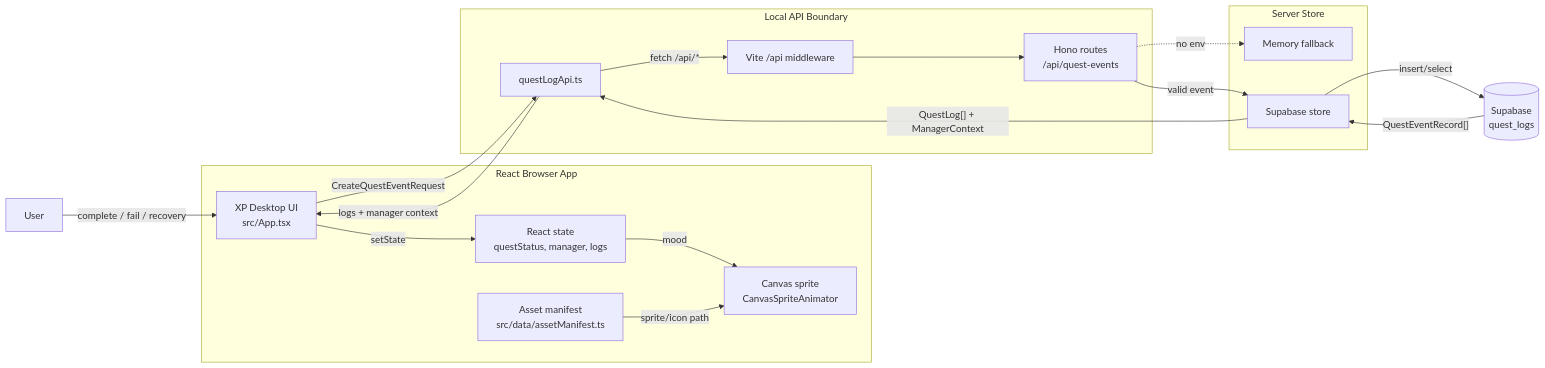
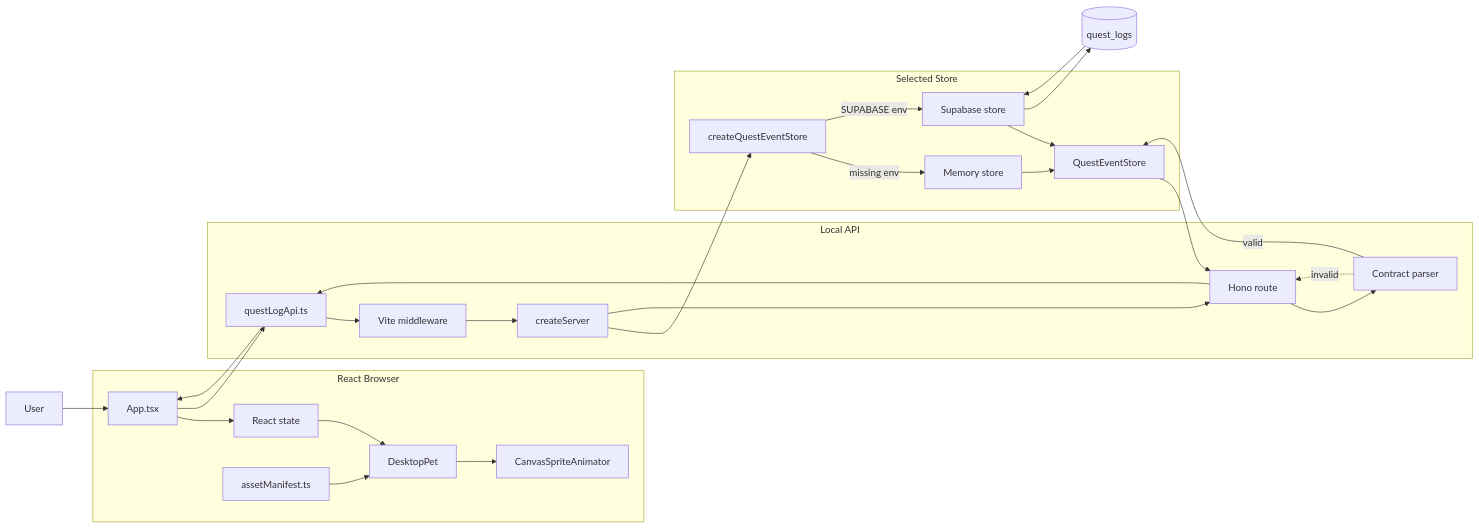
The diagram in README.md (Mureung1/hub-showcase), drawn with Mermaid before and after one commit. The commit also changed 36 other files, not shown here.

````diff
--- a/README.md
+++ b/README.md
@@ -56,38 +56,52 @@
 ```mermaid
 flowchart LR
   User["User"]
 
-  subgraph Browser["React Browser App"]
-    UI["XP Desktop UI<br/>src/App.tsx"]
-    State["React state<br/>questStatus, manager, logs"]
-    Assets["Asset manifest<br/>src/data/assetManifest.ts"]
-    Lumi["Canvas sprite<br/>CanvasSpriteAnimator"]
+  subgraph Browser["React Browser"]
+    App["App.tsx"]
+    State["React state"]
+    Manifest["assetManifest.ts"]
+    Pet["DesktopPet"]
+    Canvas["CanvasSpriteAnimator"]
   end
 
-  subgraph Api["Local API Boundary"]
+  subgraph Api["Local API"]
     Adapter["questLogApi.ts"]
-    Vite["Vite /api middleware"]
-    Hono["Hono routes<br/>/api/quest-events"]
+    Vite["Vite middleware"]
+    Server["createServer"]
+    Hono["Hono route"]
+    Contract["Contract parser"]
   end
 
-  subgraph Store["Server Store"]
-    Memory["Memory fallback"]
+  subgraph Store["Selected Store"]
+    Selector["createQuestEventStore"]
+    Memory["Memory store"]
     SupabaseStore["Supabase store"]
+    StoreApi["QuestEventStore"]
   end
 
-  DB[("Supabase<br/>quest_logs")]
+  DB[("quest_logs")]
 
-  User -->|"complete / fail / recovery"| UI
-  UI -->|"setState"| State
-  State -->|"mood"| Lumi
-  Assets -->|"sprite/icon path"| Lumi
-  UI -->|"CreateQuestEventRequest"| Adapter
-  Adapter -->|"fetch /api/*"| Vite
-  Vite --> Hono
-  Hono -->|"valid event"| SupabaseStore
-  Hono -.->|"no env"| Memory
-  SupabaseStore -->|"insert/select"| DB
-  DB -->|"QuestEventRecord[]"| SupabaseStore
-  SupabaseStore -->|"QuestLog[] + ManagerContext"| Adapter
-  Adapter -->|"logs + manager context"| UI
+  User --> App
+  App --> State
+  State --> Pet
+  Manifest --> Pet
+  Pet --> Canvas
+  App --> Adapter
+  Adapter --> Vite
+  Vite --> Server
+  Server --> Selector
+  Server --> Hono
+  Hono --> Contract
+  Contract -->|"valid"| StoreApi
+  Contract -.->|"invalid"| Hono
+  Selector -->|"missing env"| Memory
+  Selector -->|"SUPABASE env"| SupabaseStore
+  Memory --> StoreApi
+  SupabaseStore --> StoreApi
+  SupabaseStore --> DB
+  DB --> SupabaseStore
+  StoreApi --> Hono
+  Hono --> Adapter
+  Adapter --> App
 ```
````
